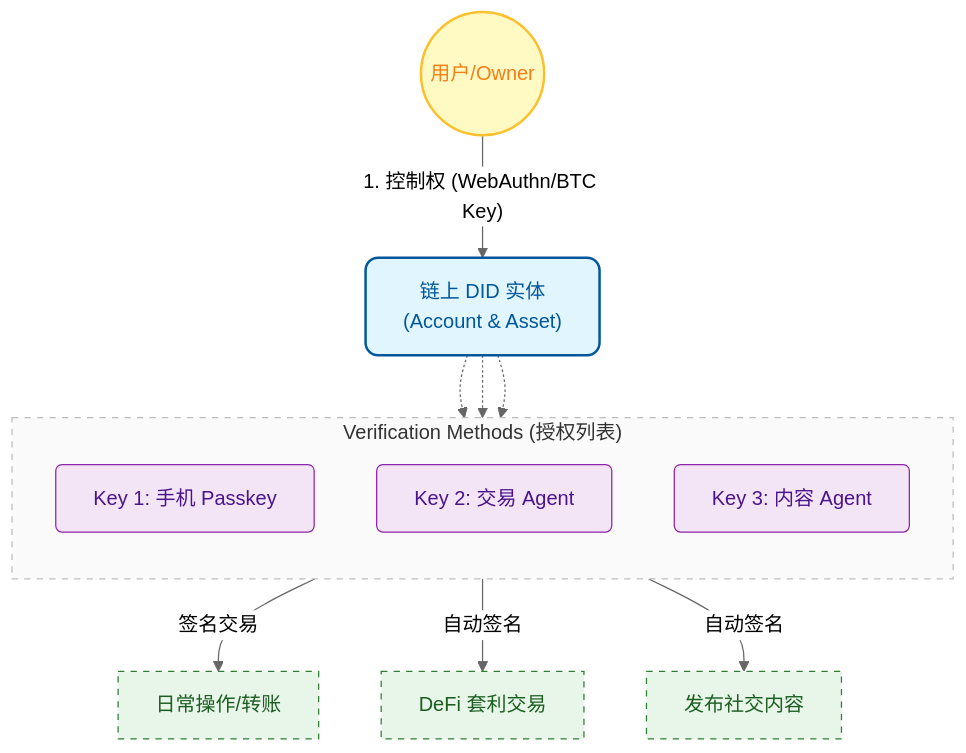
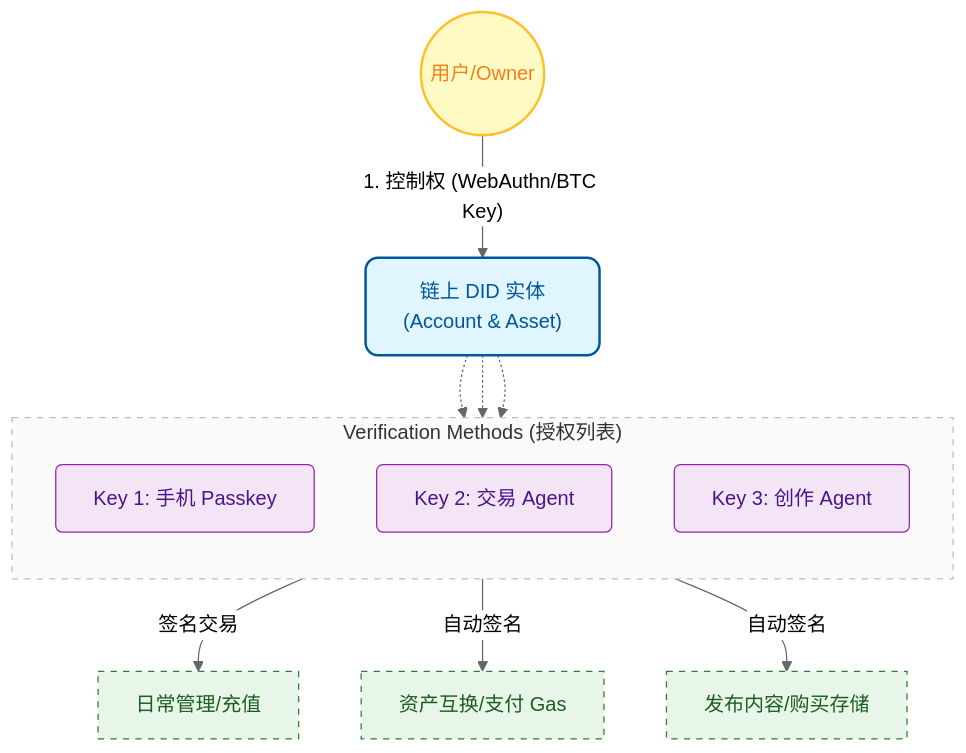
Before and after one commit to rooch-network/rooch: the diagram in docs/website/pages/blog/rooch-did-for-ai-agents.zh-CN.mdx, drawn with Mermaid (neutral theme). The commit also changed other lines of this file, not shown here.

````diff
--- a/docs/website/pages/blog/rooch-did-for-ai-agents.zh-CN.mdx
+++ b/docs/website/pages/blog/rooch-did-for-ai-agents.zh-CN.mdx
@@ -142,32 +147,32 @@
 ```mermaid
 graph TD
     User((用户/Owner)) -->|"1. 控制权 (WebAuthn/BTC Key)"| DID["链上 DID 实体<br/>(Account & Asset)"]
     
     subgraph VM_Group ["Verification Methods (授权列表)"]
         direction TB
         VM1[Key 1: 手机 Passkey]
         VM2[Key 2: 交易 Agent]
-        VM3[Key 3: 内容 Agent]
+        VM3[Key 3: 创作 Agent]
     end
     
     DID -.-> VM1
     DID -.-> VM2
     DID -.-> VM3
     
-    VM1 -->|签名交易| Tx1[日常操作/转账]
-    VM2 -->|自动签名| Tx2[DeFi 套利交易]
-    VM3 -->|自动签名| Tx3[发布社交内容]
+    VM1 -->|签名交易| Tx1[日常管理/充值]
+    VM2 -->|自动签名| Tx2[资产互换/支付 Gas]
+    VM3 -->|自动签名| Tx3[发布内容/购买存储]
     
     %% 样式定义
     classDef entity fill:#e1f5fe,stroke:#01579b,stroke-width:2px,color:#01579b,rx:10,ry:10;
     classDef user fill:#fff9c4,stroke:#fbc02d,stroke-width:2px,color:#f57f17;
     classDef vm fill:#f3e5f5,stroke:#8e24aa,stroke-width:1px,color:#4a148c,rx:5,ry:5;
     classDef tx fill:#e8f5e9,stroke:#2e7d32,stroke-width:1px,color:#1b5e20,stroke-dasharray: 5 5;
 
     class DID entity;
     class User user;
     class VM1,VM2,VM3 vm;
     class Tx1,Tx2,Tx3 tx;
     
     style VM_Group fill:#fafafa,stroke:#bdbdbd,stroke-width:1px,stroke-dasharray: 5 5;
 ```
````
